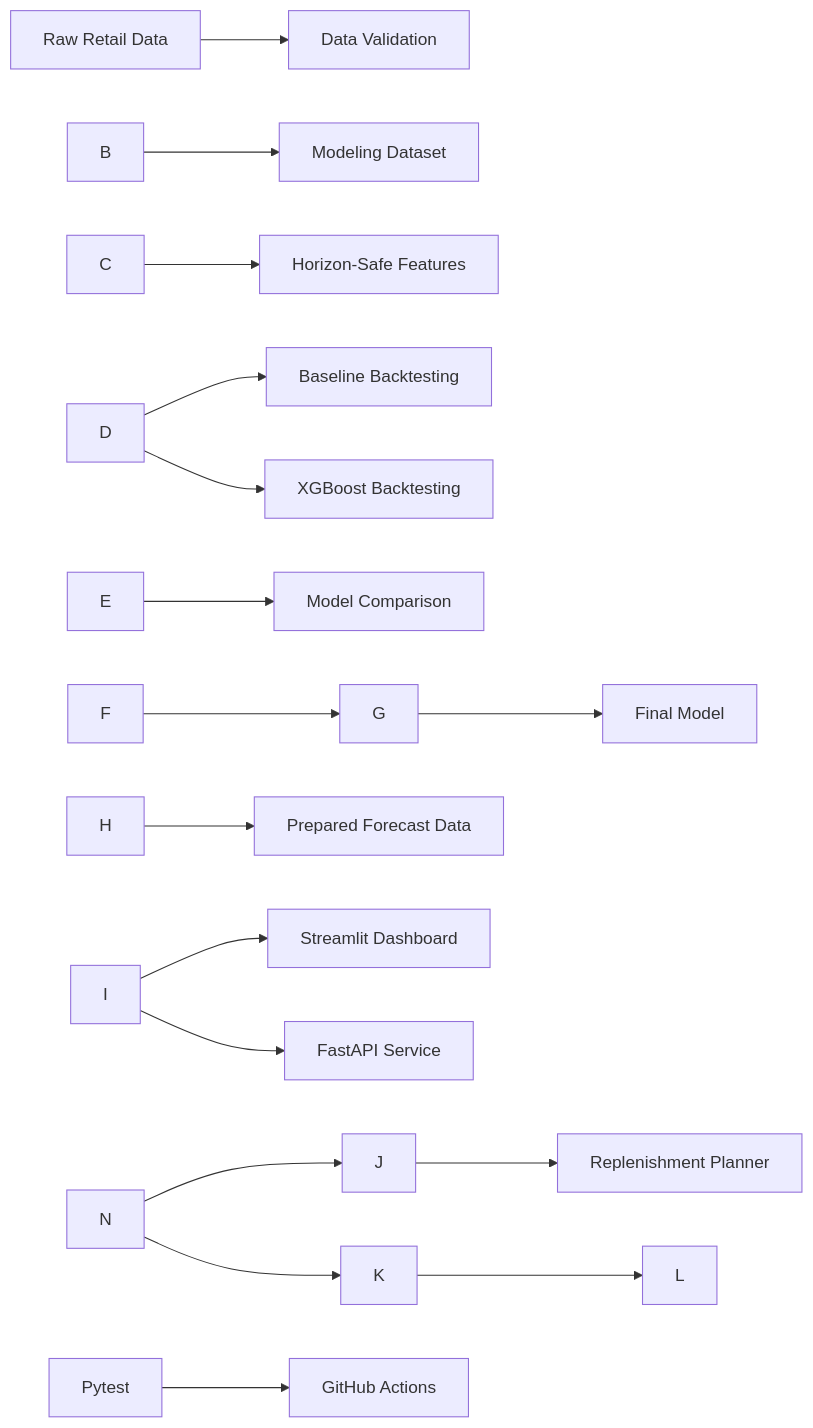
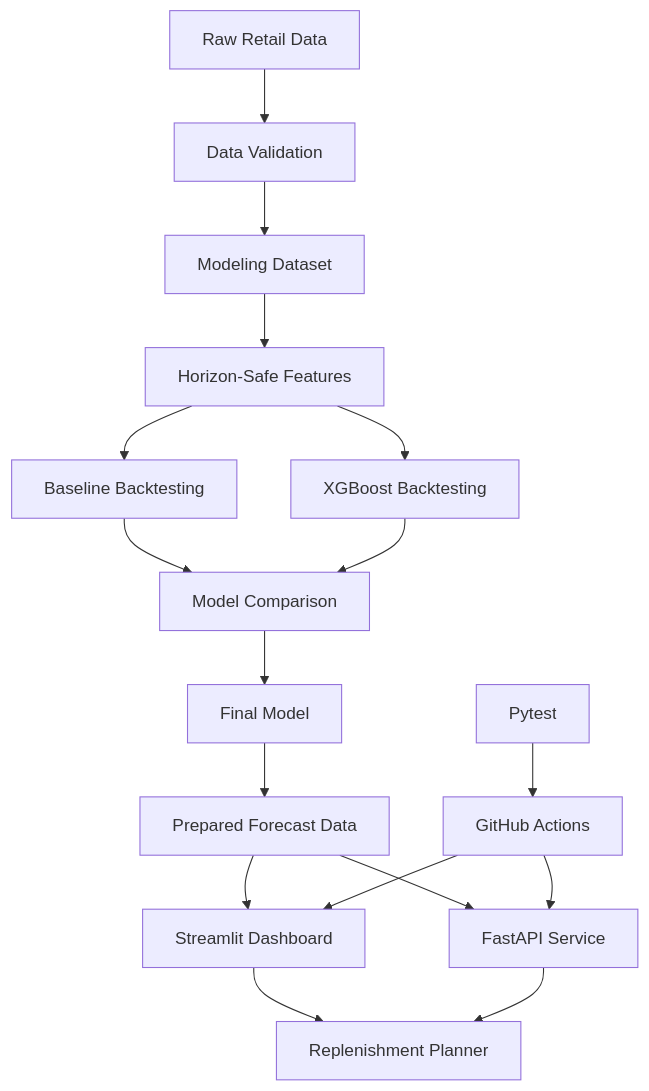
One commit to momo840505/retail-demand-forecasting changed the diagram in README.md. Above: the diagram before and after it, drawn with Mermaid. The commit also changed other lines of this file, not shown here.

Commit message:
Fix README formatting and architecture diagram

````diff
--- a/README.md
+++ b/README.md
@@ -224,19 +224,25 @@
 ```mermaid
-flowchart LR
-    A\\\[Raw Retail Data] --> B\\\[Data Validation]
-    B --> C\\\[Modeling Dataset]
-    C --> D\\\[Horizon-Safe Features]
-    D --> E\\\[Baseline Backtesting]
-    D --> F\\\[XGBoost Backtesting]
-    E --> G\\\[Model Comparison]
+flowchart TD
+    A[Raw Retail Data] --> B[Data Validation]
+    B --> C[Modeling Dataset]
+    C --> D[Horizon-Safe Features]
+
+    D --> E[Baseline Backtesting]
+    D --> F[XGBoost Backtesting]
+
+    E --> G[Model Comparison]
     F --> G
-    G --> H\\\[Final Model]
-    H --> I\\\[Prepared Forecast Data]
-    I --> J\\\[Streamlit Dashboard]
-    I --> K\\\[FastAPI Service]
-    J --> L\\\[Replenishment Planner]
+
+    G --> H[Final Model]
+    H --> I[Prepared Forecast Data]
+
+    I --> J[Streamlit Dashboard]
+    I --> K[FastAPI Service]
+
+    J --> L[Replenishment Planner]
     K --> L
-    M\\\[Pytest] --> N\\\[GitHub Actions]
+
+    M[Pytest] --> N[GitHub Actions]
     N --> J
     N --> K
 ```
````
